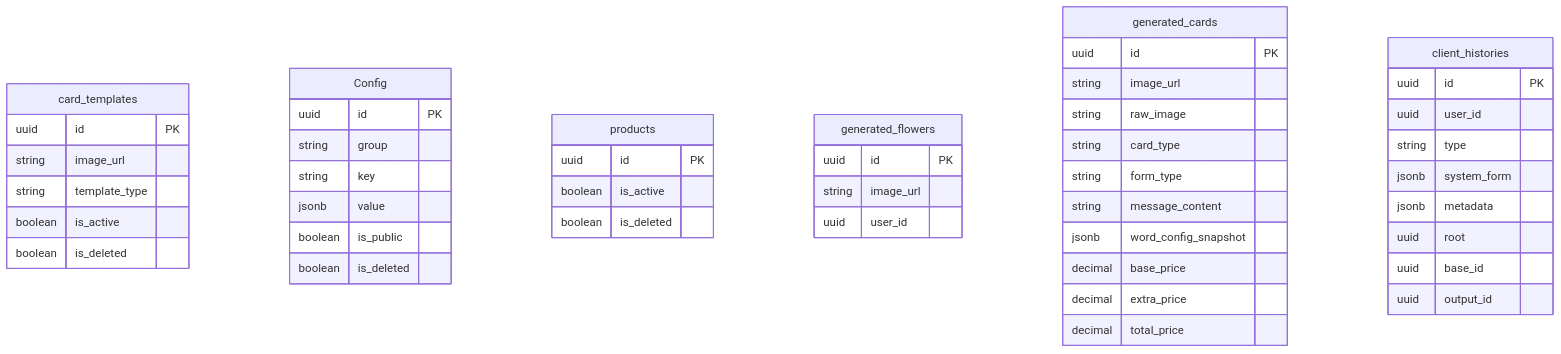
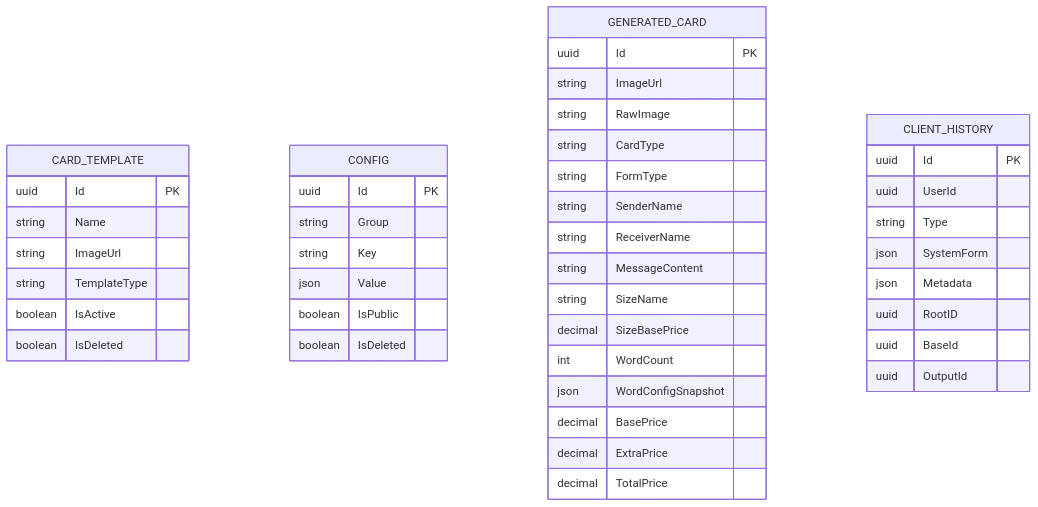
The fourth of 4 diagrams in HoaTheoMua.Repository/docs/tdd/TDD-021/TDD-021-chon-va-tao-thiep-handmade.md (TaskCoper/hoatheomua-be), drawn with Mermaid before and after one commit. The commit also changed other lines of this file and 499 other files, not shown here.

````diff
--- a/HoaTheoMua.Repository/docs/tdd/TDD-021/TDD-021-chon-va-tao-thiep-handmade.md
+++ b/HoaTheoMua.Repository/docs/tdd/TDD-021/TDD-021-chon-va-tao-thiep-handmade.md
@@ -186,50 +159,46 @@
 ```mermaid
 erDiagram
-    card_templates {
-        uuid id PK
-        string image_url
-        string template_type
-        boolean is_active
-        boolean is_deleted
+    CARD_TEMPLATE {
+        uuid Id PK
+        string Name
+        string ImageUrl
+        string TemplateType
+        boolean IsActive
+        boolean IsDeleted
     }
-    Config {
-        uuid id PK
-        string group
-        string key
-        jsonb value
-        boolean is_public
-        boolean is_deleted
+    CONFIG {
+        uuid Id PK
+        string Group
+        string Key
+        json Value
+        boolean IsPublic
+        boolean IsDeleted
     }
-    products {
-        uuid id PK
-        boolean is_active
-        boolean is_deleted
+    GENERATED_CARD {
+        uuid Id PK
+        string ImageUrl
+        string RawImage
+        string CardType
+        string FormType
+        string SenderName
+        string ReceiverName
+        string MessageContent
+        string SizeName
+        decimal SizeBasePrice
+        int WordCount
+        json WordConfigSnapshot
+        decimal BasePrice
+        decimal ExtraPrice
+        decimal TotalPrice
     }
-    generated_flowers {
-        uuid id PK
-        string image_url
-        uuid user_id
-    }
-    generated_cards {
-        uuid id PK
-        string image_url
-        string raw_image
-        string card_type
-        string form_type
-        string message_content
-        jsonb word_config_snapshot
-        decimal base_price
-        decimal extra_price
-        decimal total_price
-    }
-    client_histories {
-        uuid id PK
-        uuid user_id
-        string type
-        jsonb system_form
-        jsonb metadata
-        uuid root
-        uuid base_id
-        uuid output_id
+    CLIENT_HISTORY {
+        uuid Id PK
+        uuid UserId
+        string Type
+        json SystemForm
+        json Metadata
+        uuid RootID
+        uuid BaseId
+        uuid OutputId
     }
 ```
````
